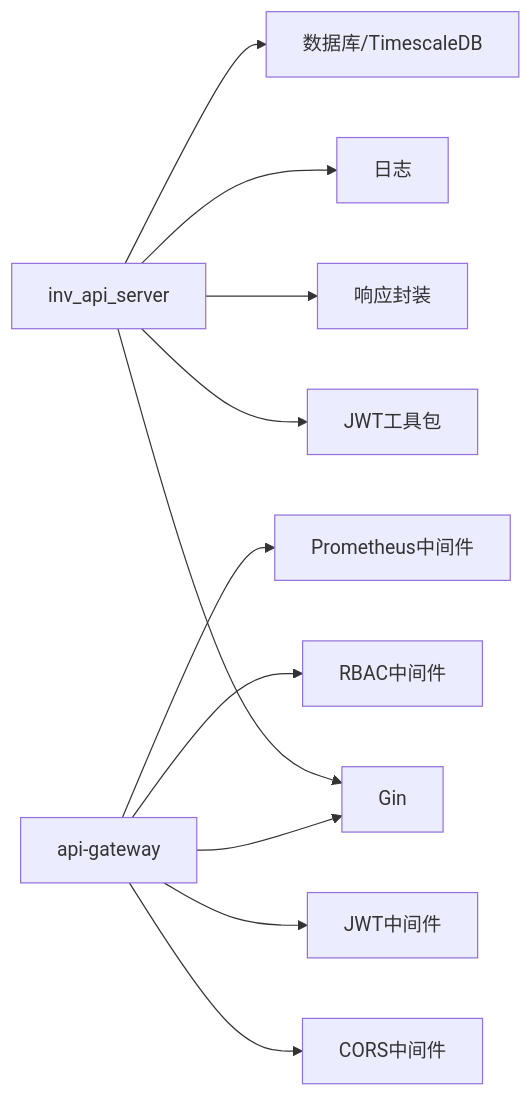
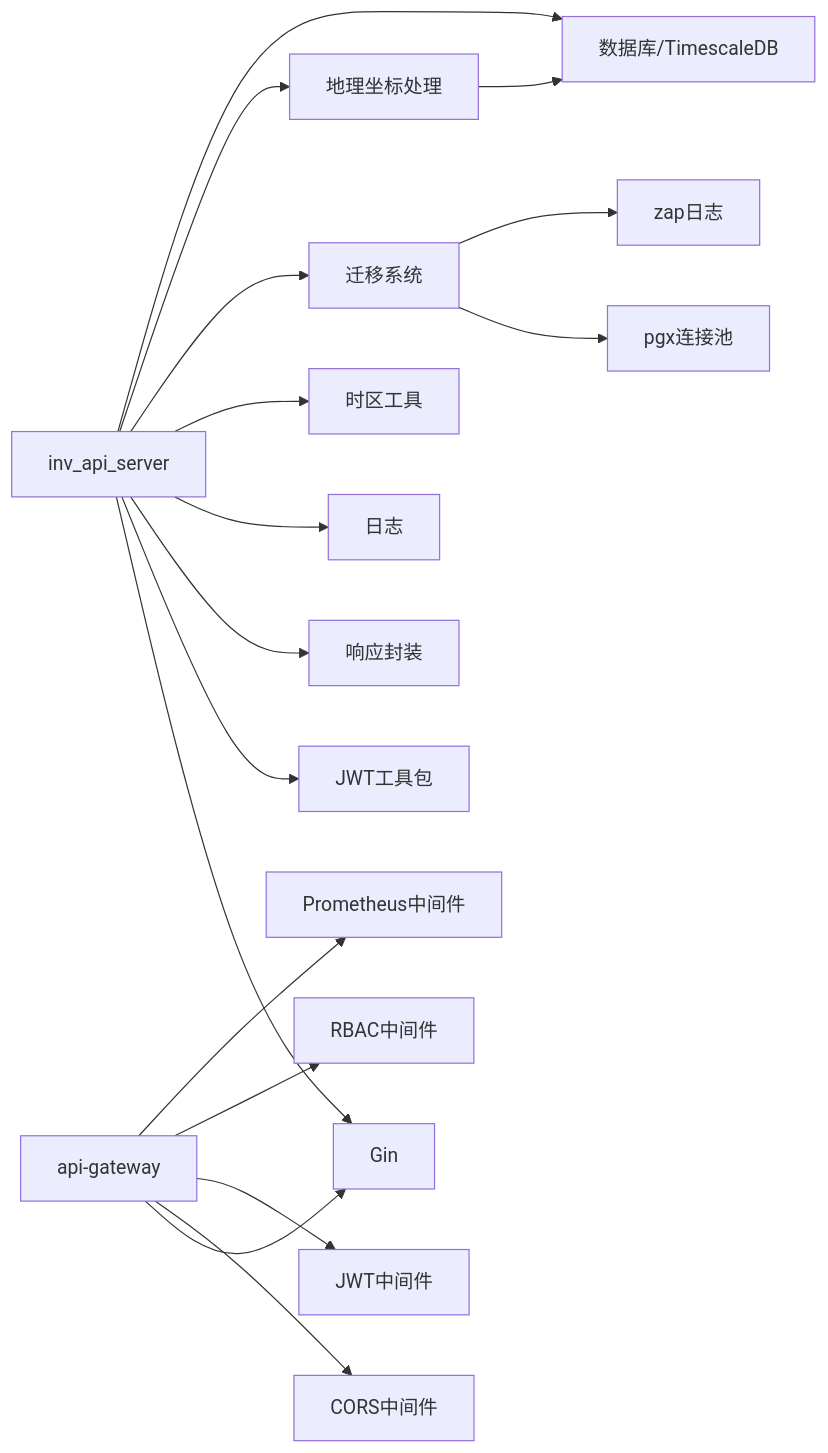
Before and after one commit to mcmrzy/cs_inv_monitor-develop: the ninth of 9 diagrams in .qoder/repowiki/zh/content/API服务器/API服务器.md, drawn with Mermaid. The commit also changed other lines of this file and 28 other files, not shown here.

````diff
--- a/.qoder/repowiki/zh/content/API服务器/API服务器.md
+++ b/.qoder/repowiki/zh/content/API服务器/API服务器.md
@@ -390,13 +662,19 @@
 ```mermaid
 graph LR
 INV_API["inv_api_server"] --> GIN["Gin"]
 INV_API --> JWT_PKG["JWT工具包"]
 INV_API --> RESP_PKG["响应封装"]
 INV_API --> LOG_PKG["日志"]
+INV_API --> TZ_PKG["时区工具"]
+INV_API --> MIGRATION_PKG["迁移系统"]
+INV_API --> GEO_PKG["地理坐标处理"]
 INV_API --> DB["数据库/TimescaleDB"]
 API_GATEWAY["api-gateway"] --> GIN
 API_GATEWAY --> CORS_MW["CORS中间件"]
 API_GATEWAY --> JWT_MW["JWT中间件"]
 API_GATEWAY --> RBAC_MW["RBAC中间件"]
 API_GATEWAY --> PROM_MW["Prometheus中间件"]
+MIGRATION_PKG --> PGX["pgx连接池"]
+MIGRATION_PKG --> ZAP["zap日志"]
+GEO_PKG --> DB
 ```
````
